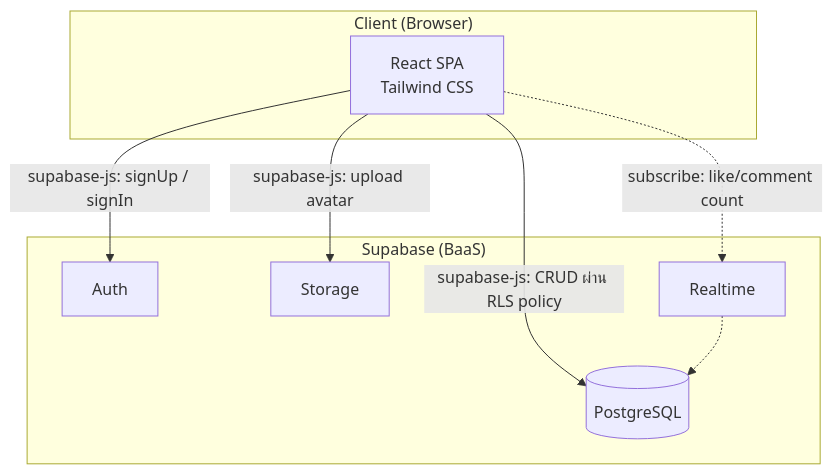
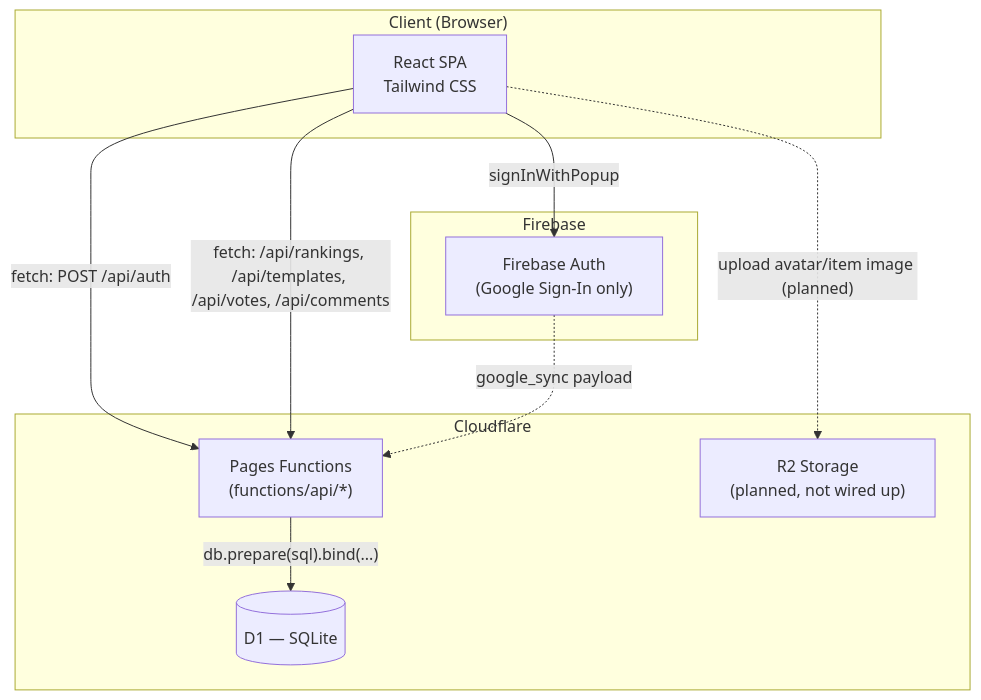
Before and after one commit to Altroria-Art/Tear-of-God: the first of 4 diagrams in SDS.md, drawn with Mermaid. The commit also changed other lines of this file and 1 other file, not shown here.

````diff
--- a/SDS.md
+++ b/SDS.md
@@ -96,19 +96,23 @@
 ```mermaid
 flowchart TB
     subgraph Client["Client (Browser)"]
         UI["React SPA<br/>Tailwind CSS"]
     end
 
-    subgraph Supabase["Supabase (BaaS)"]
-        Auth["Auth"]
-        DB[("PostgreSQL")]
-        Storage["Storage"]
-        Realtime["Realtime"]
+    subgraph CF["Cloudflare"]
+        FN["Pages Functions<br/>(functions/api/*)"]
+        DB[("D1 — SQLite")]
+        R2["R2 Storage<br/>(planned, not wired up)"]
     end
 
-    UI -->|"supabase-js: signUp / signIn"| Auth
-    UI -->|"supabase-js: CRUD ผ่าน RLS policy"| DB
-    UI -->|"supabase-js: upload avatar"| Storage
-    UI -.->|"subscribe: like/comment count"| Realtime
-    Realtime -.-> DB
+    subgraph FB["Firebase"]
+        FBAuth["Firebase Auth<br/>(Google Sign-In only)"]
+    end
+
+    UI -->|"fetch: POST /api/auth"| FN
+    UI -->|"fetch: /api/rankings, /api/templates, /api/votes, /api/comments"| FN
+    FN -->|"db.prepare(sql).bind(...)"| DB
+    UI -->|"signInWithPopup"| FBAuth
+    FBAuth -.->|"google_sync payload"| FN
+    UI -.->|"upload avatar/item image (planned)"| R2
 ```
````
